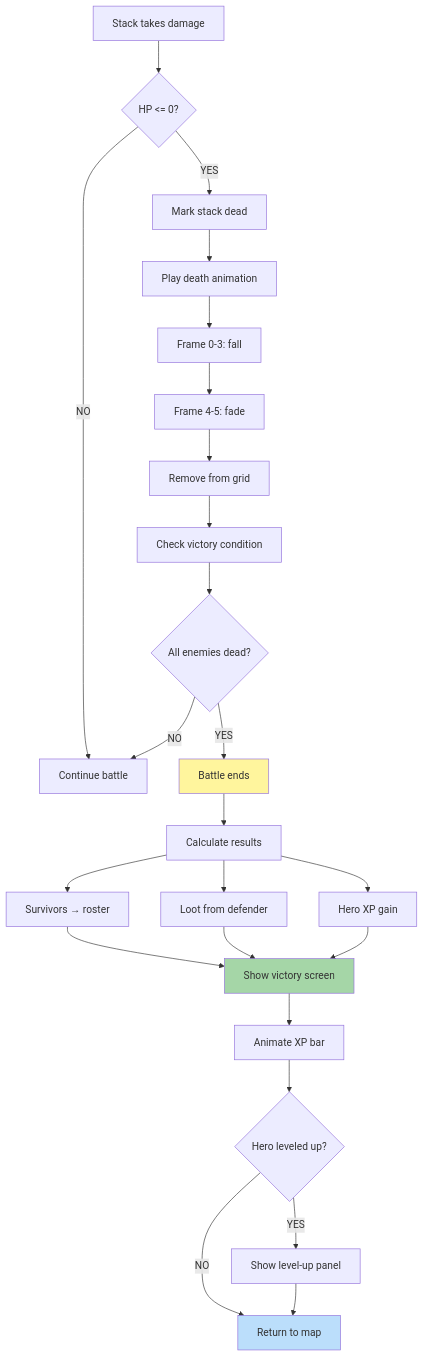
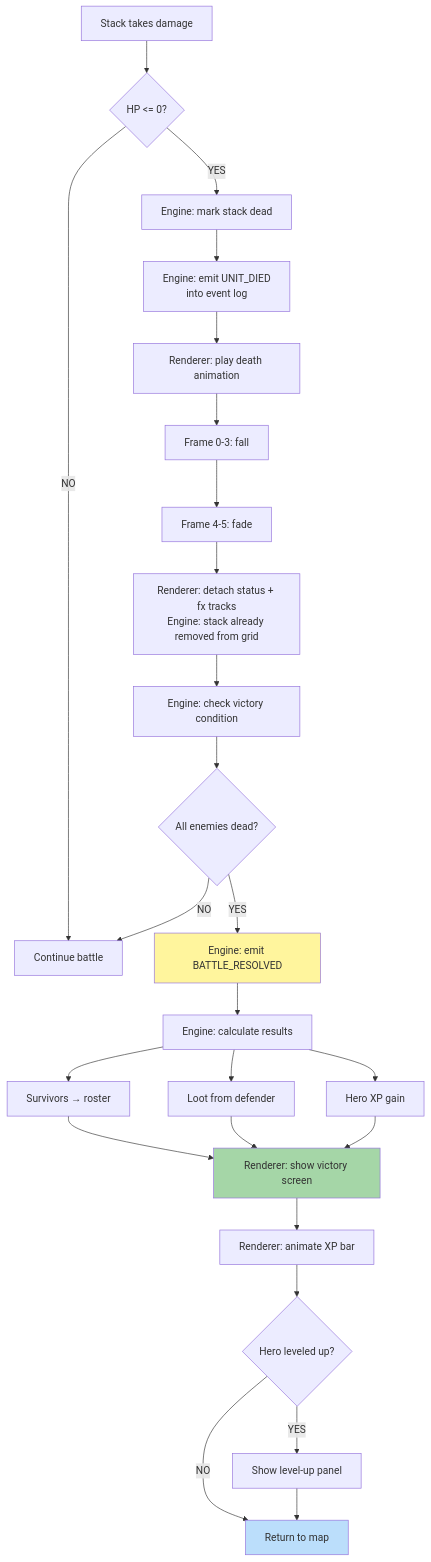
One commit to SunaNoOshiro/Heroes_Reforged_AI_Realms changed the diagram in docs/architecture/diagrams/13-death-victory.md. Above: the diagram before and after it, drawn with Mermaid. The commit also changed other lines of this file and 44 other files, not shown here.

````diff
--- a/docs/architecture/diagrams/13-death-victory.md
+++ b/docs/architecture/diagrams/13-death-victory.md
@@ -10,29 +16,30 @@
 ```mermaid
 flowchart TD
     A[Stack takes damage] --> B{HP <= 0?}
     B -->|NO| C[Continue battle]
-    B -->|YES| D[Mark stack dead]
-    D --> E[Play death animation]
+    B -->|YES| D[Engine: mark stack dead]
+    D --> D1[Engine: emit UNIT_DIED<br/>into event log]
+    D1 --> E[Renderer: play death animation]
     E --> F[Frame 0-3: fall]
     F --> G[Frame 4-5: fade]
-    G --> H[Remove from grid]
-    H --> I[Check victory condition]
+    G --> H[Renderer: detach status + fx tracks<br/>Engine: stack already removed from grid]
+    H --> I[Engine: check victory condition]
     I --> J{All enemies dead?}
     J -->|NO| C
-    J -->|YES| K[Battle ends]
-    K --> L[Calculate results]
+    J -->|YES| K[Engine: emit BATTLE_RESOLVED]
+    K --> L[Engine: calculate results]
     L --> L1[Survivors → roster]
     L --> L2[Loot from defender]
     L --> L3[Hero XP gain]
-    L1 --> M[Show victory screen]
+    L1 --> M[Renderer: show victory screen]
     L2 --> M
     L3 --> M
-    M --> N[Animate XP bar]
+    M --> N[Renderer: animate XP bar]
     N --> O{Hero leveled up?}
     O -->|YES| P[Show level-up panel]
     O -->|NO| Q[Return to map]
     P --> Q
     style K fill:#fff59d
     style M fill:#a5d6a7
     style Q fill:#bbdefb
 ```
````
